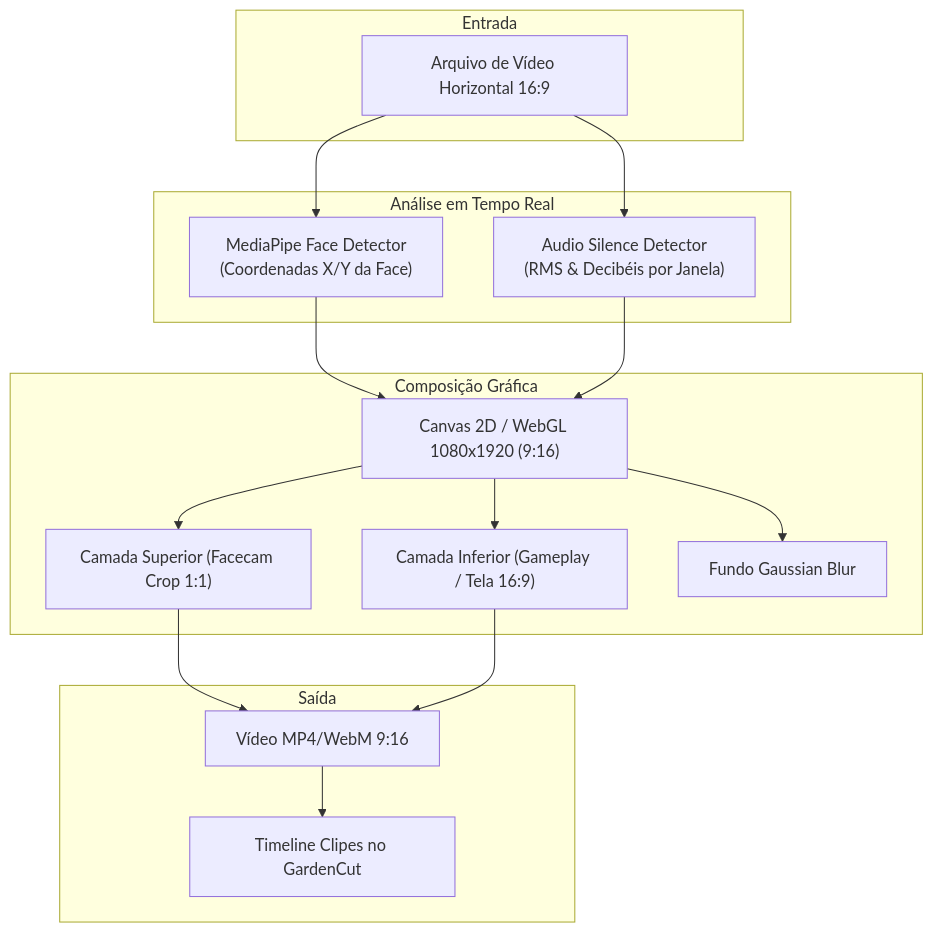
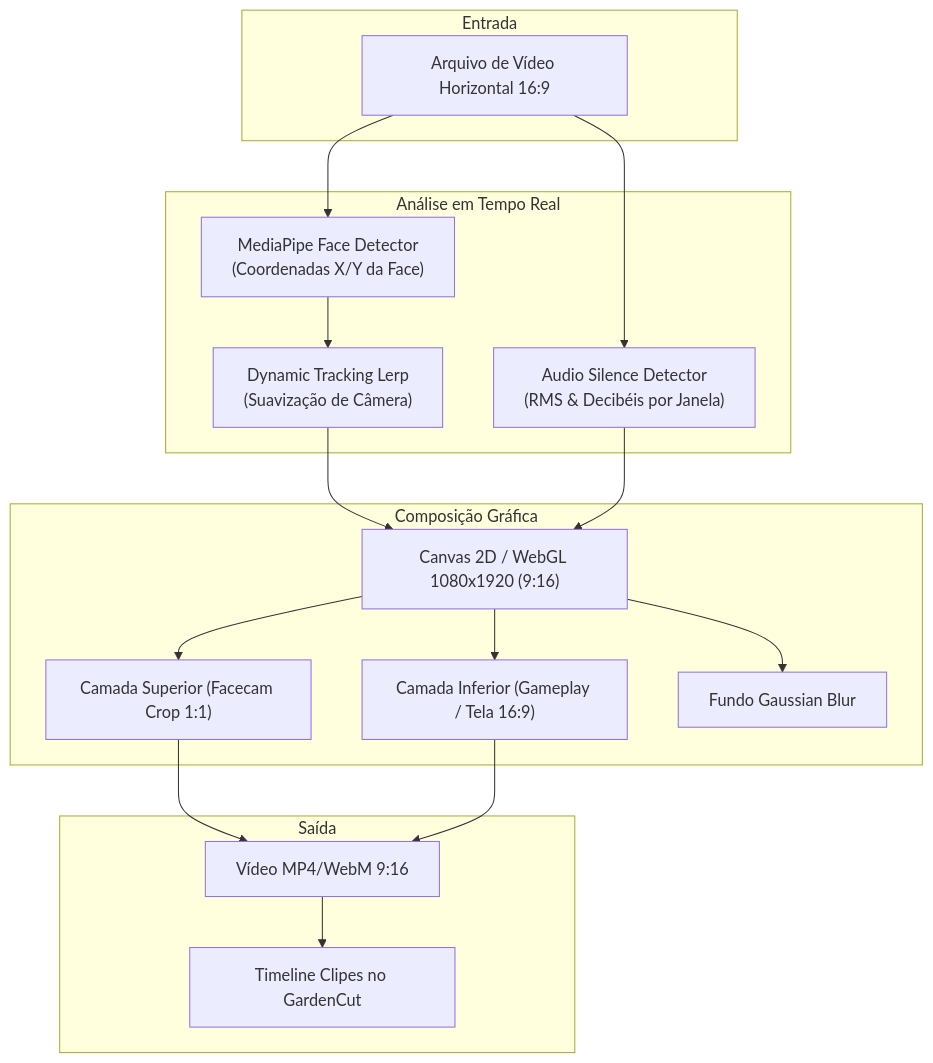
The diagram in README.md (FelipeGardenghiDev/garden-auto-framer), drawn with Mermaid before and after one commit. The commit also changed other lines of this file and 5 other files, not shown here.

Commit message:
feat(ci): add unified pages deploy & android apk workflow, add tracking lerp and customizable split ratios

````diff
--- a/README.md
+++ b/README.md
@@ -31,34 +38,33 @@
 ```mermaid
 flowchart TD
     subgraph Input ["Entrada"]
         FILE["Arquivo de Vídeo Horizontal 16:9"]
     end
 
     subgraph Analysis ["Análise em Tempo Real"]
         FACE["MediaPipe Face Detector<br/>(Coordenadas X/Y da Face)"]
+        LERP["Dynamic Tracking Lerp<br/>(Suavização de Câmera)"]
         SILENCE["Audio Silence Detector<br/>(RMS & Decibéis por Janela)"]
     end
 
     subgraph Composition ["Composição Gráfica"]
         CANVAS["Canvas 2D / WebGL 1080x1920 (9:16)"]
         TOP["Camada Superior (Facecam Crop 1:1)"]
         BOTTOM["Camada Inferior (Gameplay / Tela 16:9)"]
         BLUR["Fundo Gaussian Blur"]
     end
 
     subgraph Output ["Saída"]
         EXPORT["Vídeo MP4/WebM 9:16"]
         GARDENCUT["Timeline Clipes no GardenCut"]
     end
 
-    FILE --> FACE
-    FILE --> SILENCE
-    FACE --> CANVAS
-    SILENCE --> CANVAS
+    FILE --> FACE --> LERP --> CANVAS
+    FILE --> SILENCE --> CANVAS
     CANVAS --> TOP
     CANVAS --> BOTTOM
     CANVAS --> BLUR
     TOP --> EXPORT
     BOTTOM --> EXPORT
     EXPORT --> GARDENCUT
 ```
````
